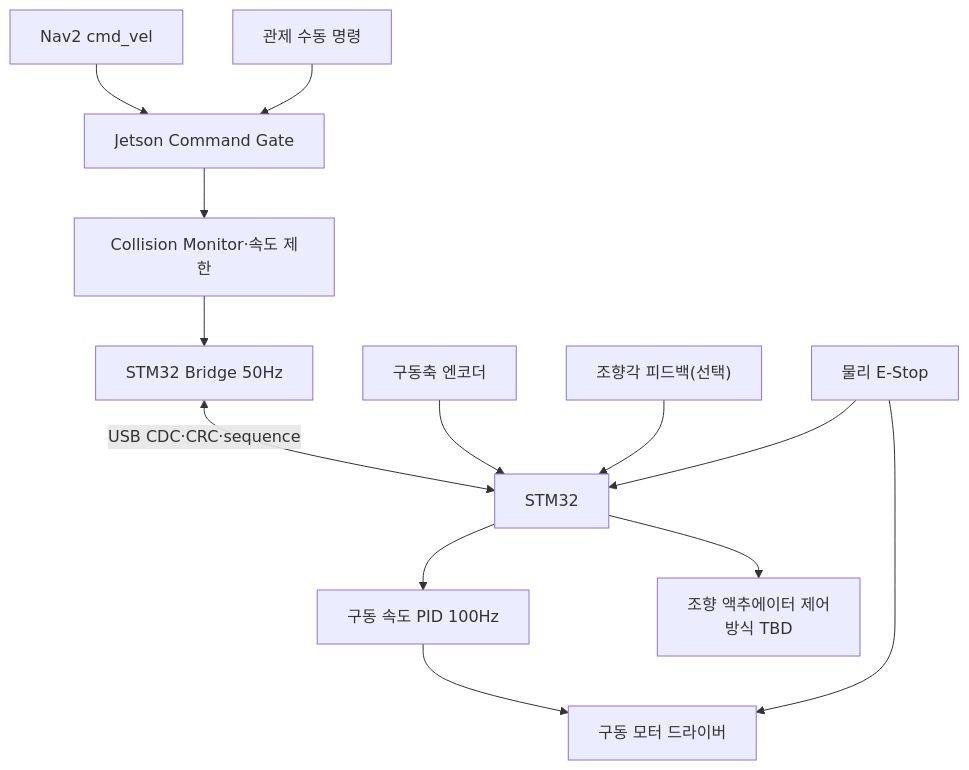
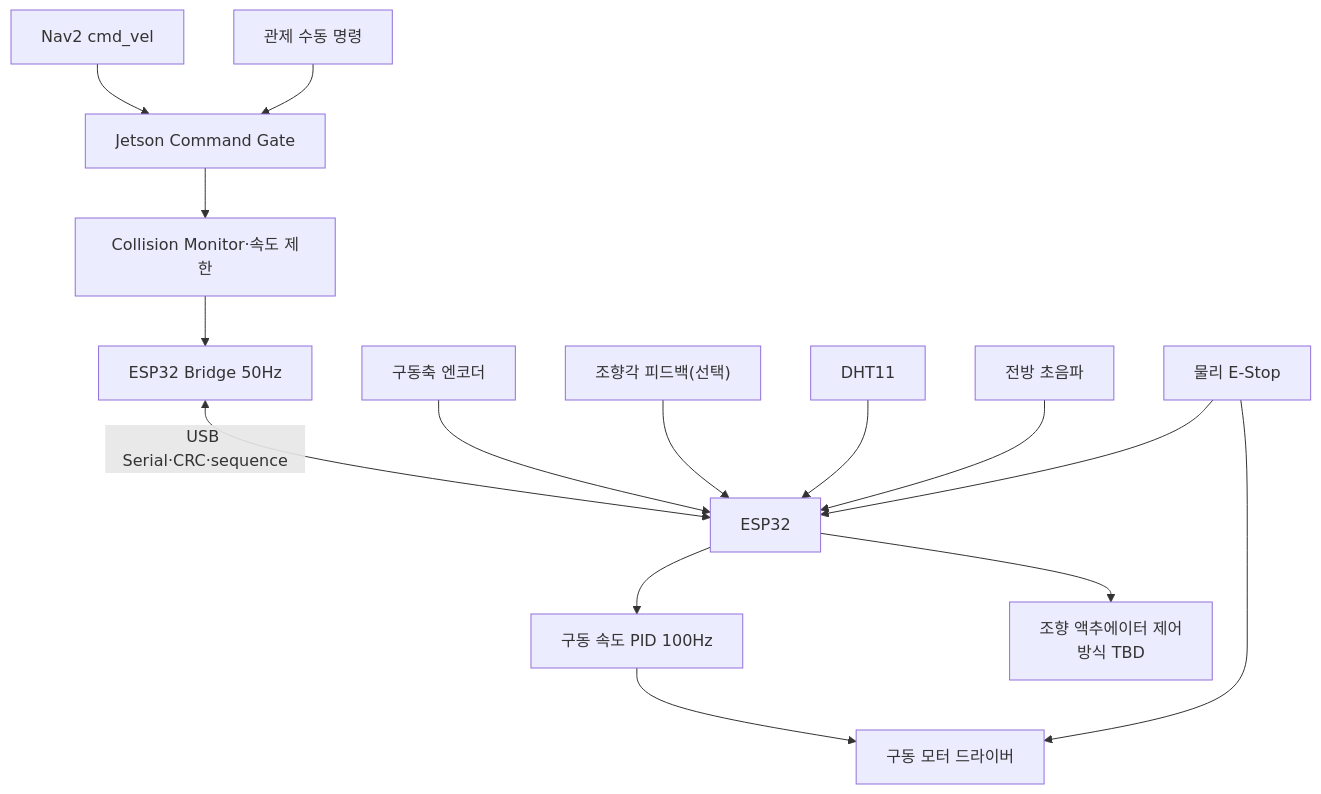
The diagram in docs/03-제어-캘리브레이션.md (Common-AIOT/Sentinel-UGV), drawn with Mermaid before and after one commit. The commit also changed other lines of this file and 8 other files, not shown here.

````diff
--- a/docs/03-제어-캘리브레이션.md
+++ b/docs/03-제어-캘리브레이션.md
@@ -9,15 +9,17 @@
 ```mermaid
 flowchart TD
     nav["Nav2 cmd_vel"] --> mux["Jetson Command Gate"]
     manual["관제 수동 명령"] --> mux
     mux --> collision["Collision Monitor·속도 제한"]
-    collision --> bridge["STM32 Bridge 50Hz"]
-    bridge <-->|"USB CDC·CRC·sequence"| stm["STM32"]
-    stm --> pid["구동 속도 PID 100Hz"]
+    collision --> bridge["ESP32 Bridge 50Hz"]
+    bridge <-->|"USB Serial·CRC·sequence"| esp["ESP32"]
+    esp --> pid["구동 속도 PID 100Hz"]
     pid --> driver["구동 모터 드라이버"]
-    stm --> steer["조향 액추에이터 제어\n방식 TBD"]
-    enc["구동축 엔코더"] --> stm
-    angle["조향각 피드백(선택)"] --> stm
+    esp --> steer["조향 액추에이터 제어\n방식 TBD"]
+    enc["구동축 엔코더"] --> esp
+    angle["조향각 피드백(선택)"] --> esp
+    dht["DHT11"] --> esp
+    sonar["전방 초음파"] --> esp
     estop["물리 E-Stop"] --> driver
-    estop --> stm
+    estop --> esp
 ```
````
